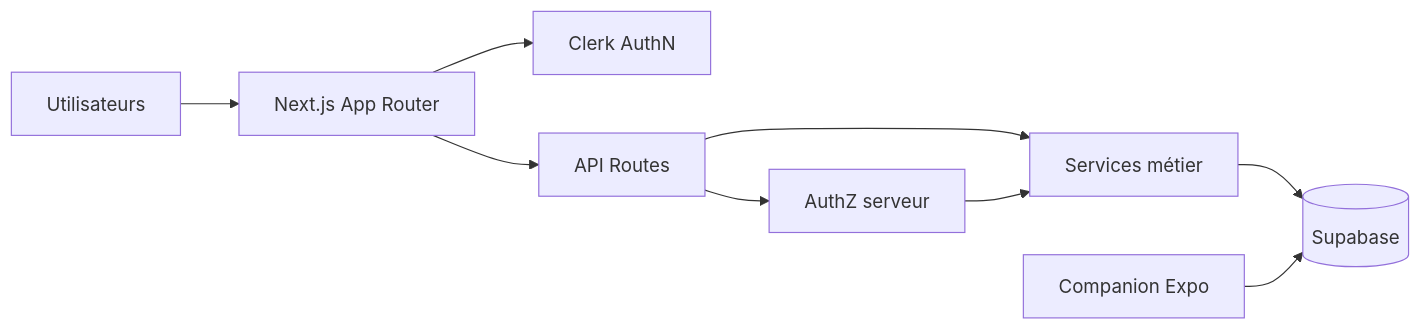
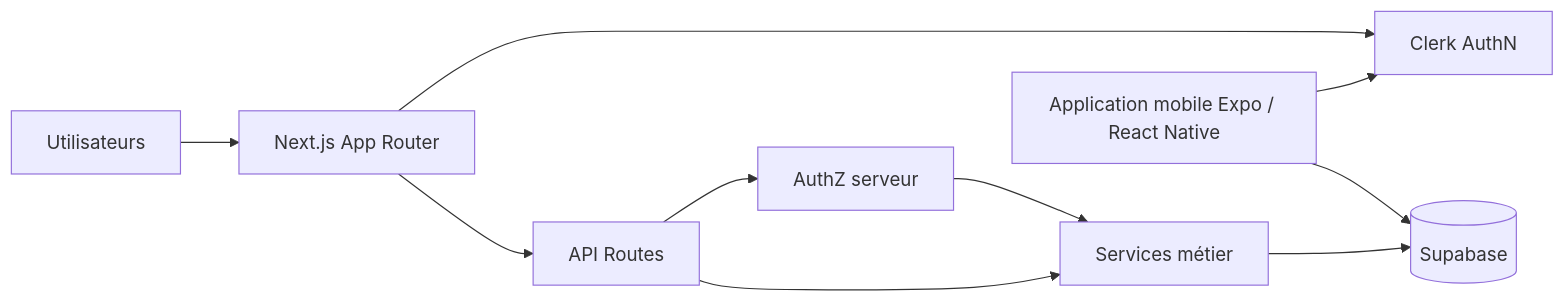
One commit to maxd4/CleanmyMap changed the first of 3 diagrams in documentation/architecture/system-overview.md. Above: the diagram before and after it, drawn with Mermaid. The commit also changed other lines of this file and 14 other files, not shown here.

Commit message:
docs: align monorepo web and mobile architecture

````diff
--- a/documentation/architecture/system-overview.md
+++ b/documentation/architecture/system-overview.md
@@ -5,11 +5,12 @@
 ```mermaid
 flowchart LR
   U[Utilisateurs] --> WEB[Next.js App Router]
   WEB --> CLERK[Clerk AuthN]
   WEB --> API[API Routes]
   API --> AUTHZ[AuthZ serveur]
   API --> DOMAIN[Services métier]
   AUTHZ --> DOMAIN
   DOMAIN --> SB[(Supabase)]
-  MOBILE[Companion Expo] --> SB
+  MOBILE[Application mobile Expo / React Native] --> CLERK
+  MOBILE --> SB
 ```
````
